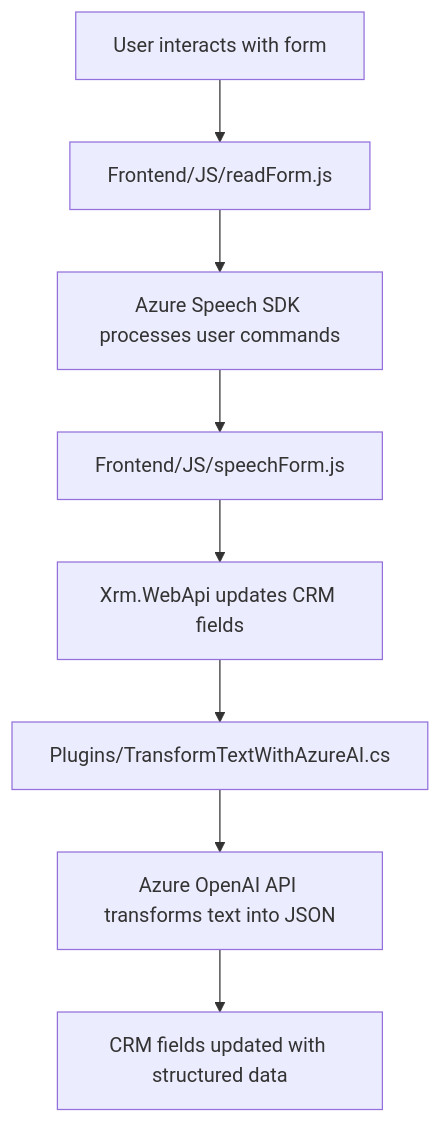
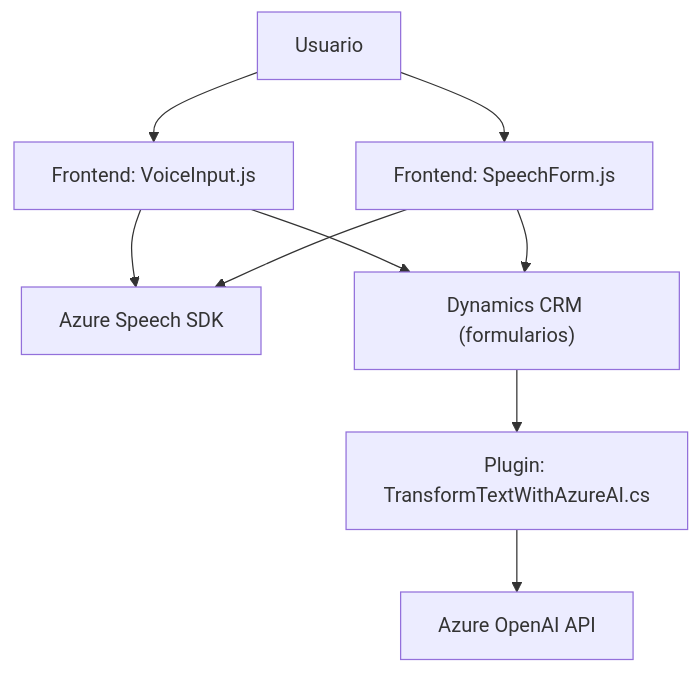
One commit to blopezdm/NETCORE_BILBAO2025 changed the diagram in README.md. Above: the diagram before and after it, drawn with Mermaid. The commit also changed other lines of this file, not shown here.

````diff
--- a/README.md
+++ b/README.md
@@ -40,10 +36,19 @@
 ```mermaid
 graph TD
-    A["User interacts with form"] --> B["Frontend/JS/readForm.js"]
-    B --> C["Azure Speech SDK processes user commands"]
-    C --> D["Frontend/JS/speechForm.js"]
-    D --> E["Xrm.WebApi updates CRM fields"]
-    E --> F["Plugins/TransformTextWithAzureAI.cs"]
-    F --> G["Azure OpenAI API transforms text into JSON"]
-    G --> H["CRM fields updated with structured data"]
+    A["Usuario"]
+    B["Frontend: VoiceInput.js"]
+    C["Frontend: SpeechForm.js"]
+    D["Azure Speech SDK"]
+    E["Dynamics CRM (formularios)"]
+    F["Plugin: TransformTextWithAzureAI.cs"]
+    G["Azure OpenAI API"]
+    
+    A --> B
+    A --> C
+    B --> D
+    C --> D
+    B --> E
+    C --> E
+    E --> F
+    F --> G
 ```
````
